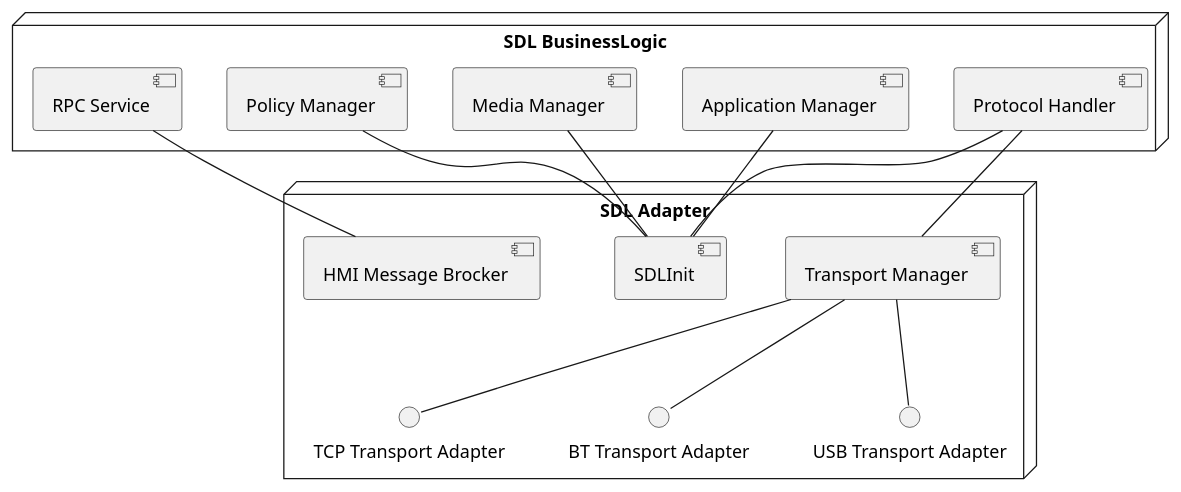
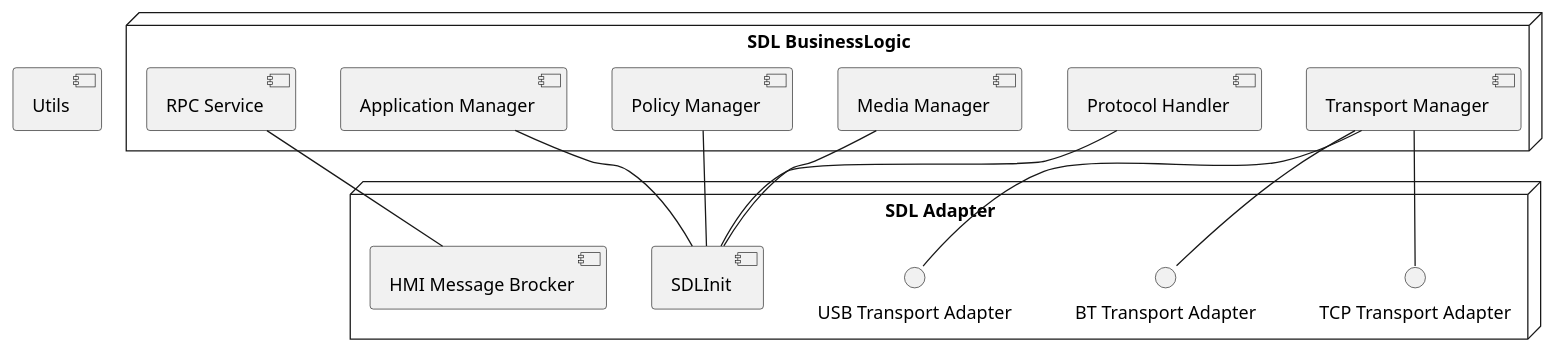
One commit to Ford-Luxoft/os_sdl_evolution changed the diagram in assets/proposals/nnnn-sdl-adapter-layer/sdl_adapter.puml. Above: the diagram before and after it, drawn with PlantUML. The commit also changed 2 other files, not shown here.

Commit message:
Add HMI Massage Handler Interface

```diff
--- a/assets/proposals/nnnn-sdl-adapter-layer/sdl_adapter.puml
+++ b/assets/proposals/nnnn-sdl-adapter-layer/sdl_adapter.puml
@@ -1,32 +1,36 @@
 @startuml
 
 skinparam linetype splines
 
 node "SDL Adapter" {
   interface "TCP Transport Adapter" as TCP 
   interface "BT Transport Adapter" as BT 
   interface "USB Transport Adapter" as USB 
-  [Transport Manager] -- TCP
-  [Transport Manager] -- BT
-  [Transport Manager] -- USB
+
   [SDLInit]
   [HMI Message Brocker]
 } 
 
 
 node "SDL BusinessLogic" {
+  [Transport Manager]
   [Application Manager]
   [RPC Service]
   [Media Manager]
   [Policy Manager]
   [Protocol Handler]
 } 
 
-[Transport Manager] -up- [Protocol Handler]
+[Utils]
+
+[Transport Manager] -- TCP
+[Transport Manager] -- BT
+[Transport Manager] -- USB
+
 [HMI Message Brocker] -- [RPC Service]
 [SDLInit] -up- [Protocol Handler]
 [SDLInit] -up- [Application Manager]
 [SDLInit] -up- [Policy Manager]
 [SDLInit] -up-  [Media Manager]
 
 @enduml
```
